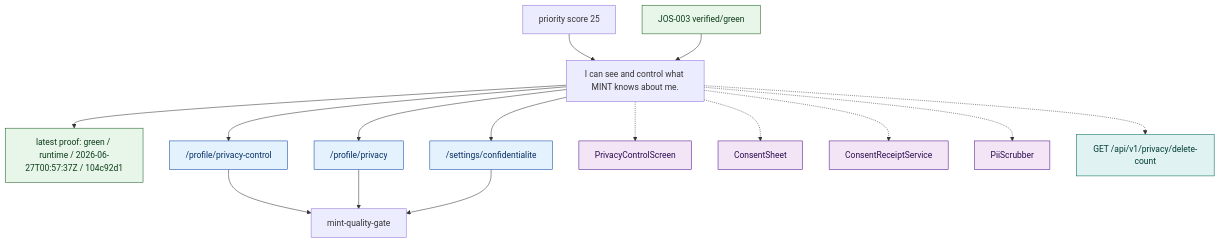
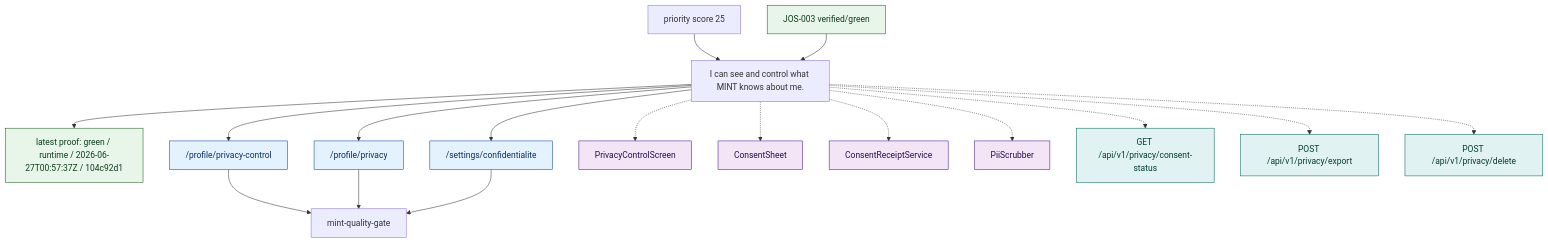
One commit to MINT-IA/MINT changed the diagram in .planning/journeys/diagrams/profile_privacy_control.mmd. Above: the diagram before and after it, drawn with Mermaid. The commit also changed 36 other files, not shown here.

```diff
--- a/.planning/journeys/diagrams/profile_privacy_control.mmd
+++ b/.planning/journeys/diagrams/profile_privacy_control.mmd
@@ -1,47 +1,53 @@
 %% Generated from .planning/journeys/records/profile_privacy_control.json
 flowchart TD
   promise["I can see and control what MINT knows about me."]
   team["mint-quality-gate"]
   latest["latest proof: green / runtime / 2026-06-27T00:57:37Z / 104c92d1"]
   promise --> latest
   classDef green fill:#e8f5e9,stroke:#1b5e20,color:#0b3d1a;
   classDef red fill:#ffebee,stroke:#b71c1c,color:#5f1111;
   classDef amber fill:#fff8e1,stroke:#ff8f00,color:#5f3b00;
   classDef blocked fill:#eceff1,stroke:#455a64,color:#263238;
   classDef neutral fill:#f5f5f5,stroke:#616161,color:#212121;
   classDef route fill:#e3f2fd,stroke:#0d47a1,color:#082f66;
   classDef surface fill:#f3e5f5,stroke:#4a148c,color:#2b0d52;
   classDef api fill:#e0f2f1,stroke:#00695c,color:#003d35;
   class latest green
   priority["priority score 25"]
   priority --> promise
   route_profile_privacy_control["/profile/privacy-control"]
   promise --> route_profile_privacy_control
   route_profile_privacy_control --> team
   class route_profile_privacy_control route
   route_profile_privacy["/profile/privacy"]
   promise --> route_profile_privacy
   route_profile_privacy --> team
   class route_profile_privacy route
   route_settings_confidentialite["/settings/confidentialite"]
   promise --> route_settings_confidentialite
   route_settings_confidentialite --> team
   class route_settings_confidentialite route
   surface_PrivacyControlScreen["PrivacyControlScreen"]
   promise -.-> surface_PrivacyControlScreen
   class surface_PrivacyControlScreen surface
   surface_ConsentSheet["ConsentSheet"]
   promise -.-> surface_ConsentSheet
   class surface_ConsentSheet surface
   surface_ConsentReceiptService["ConsentReceiptService"]
   promise -.-> surface_ConsentReceiptService
   class surface_ConsentReceiptService surface
   surface_PiiScrubber["PiiScrubber"]
   promise -.-> surface_PiiScrubber
   class surface_PiiScrubber surface
-  api_GET_api_v1_privacy_delete_count["GET /api/v1/privacy/delete-count"]
-  promise -.-> api_GET_api_v1_privacy_delete_count
-  class api_GET_api_v1_privacy_delete_count api
+  api_GET_api_v1_privacy_consent_status["GET /api/v1/privacy/consent-status"]
+  promise -.-> api_GET_api_v1_privacy_consent_status
+  class api_GET_api_v1_privacy_consent_status api
+  api_POST_api_v1_privacy_export["POST /api/v1/privacy/export"]
+  promise -.-> api_POST_api_v1_privacy_export
+  class api_POST_api_v1_privacy_export api
+  api_POST_api_v1_privacy_delete["POST /api/v1/privacy/delete"]
+  promise -.-> api_POST_api_v1_privacy_delete
+  class api_POST_api_v1_privacy_delete api
   issue_JOS_003["JOS-003 verified/green"]
   issue_JOS_003 --> promise
   class issue_JOS_003 green
```
